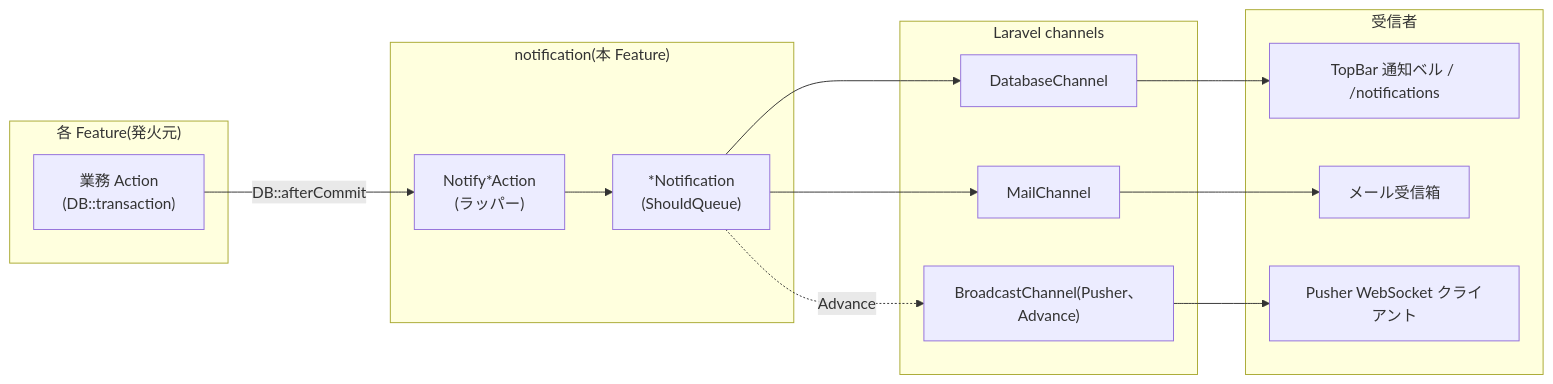
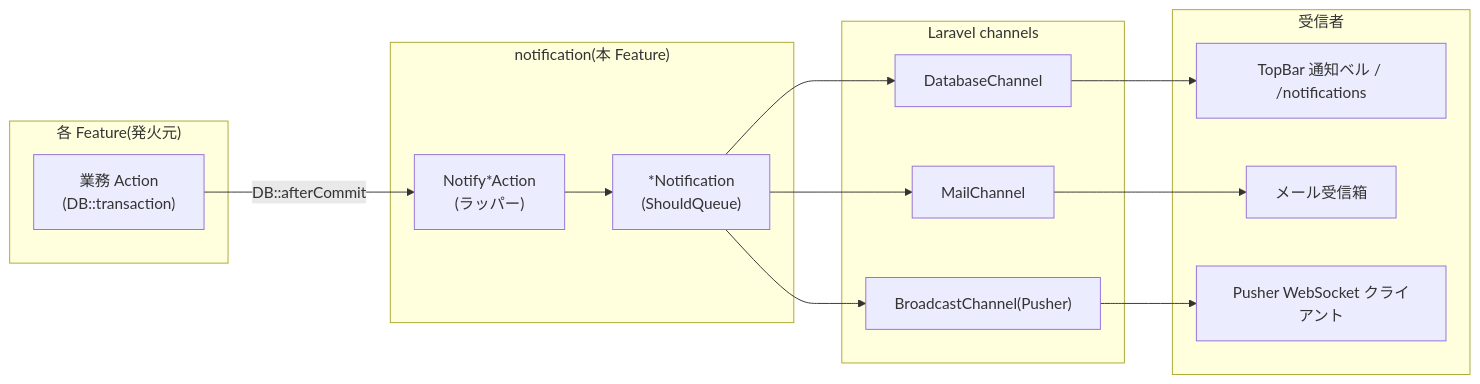
Before and after one commit to coachtech-mockcase-second/ExampleAnswer-mockcase-CertifyLMS: the first of 4 diagrams in docs/specs/notification/design.md, drawn with Mermaid. The commit also changed other lines of this file and 122 other files, not shown here.

````diff
--- a/docs/specs/notification/design.md
+++ b/docs/specs/notification/design.md
@@ -48,26 +48,26 @@
 ```mermaid
 flowchart LR
     subgraph FeatureA["各 Feature(発火元)"]
         ActionA["業務 Action<br/>(DB::transaction)"]
     end
     subgraph Notification["notification(本 Feature)"]
         NotifyAction["Notify*Action<br/>(ラッパー)"]
         NotificationClass["*Notification<br/>(ShouldQueue)"]
     end
     subgraph Channels["Laravel channels"]
         DBChan["DatabaseChannel"]
         MailChan["MailChannel"]
-        BroadcastChan["BroadcastChannel(Pusher、Advance)"]
+        BroadcastChan["BroadcastChannel(Pusher)"]
     end
     subgraph Receivers["受信者"]
         UI["TopBar 通知ベル / /notifications"]
         InboxMail["メール受信箱"]
         PusherClient["Pusher WebSocket クライアント"]
     end
 
     ActionA -- DB::afterCommit --> NotifyAction
     NotifyAction --> NotificationClass
     NotificationClass --> DBChan --> UI
     NotificationClass --> MailChan --> InboxMail
-    NotificationClass -.Advance.-> BroadcastChan --> PusherClient
+    NotificationClass --> BroadcastChan --> PusherClient
 ```
````
